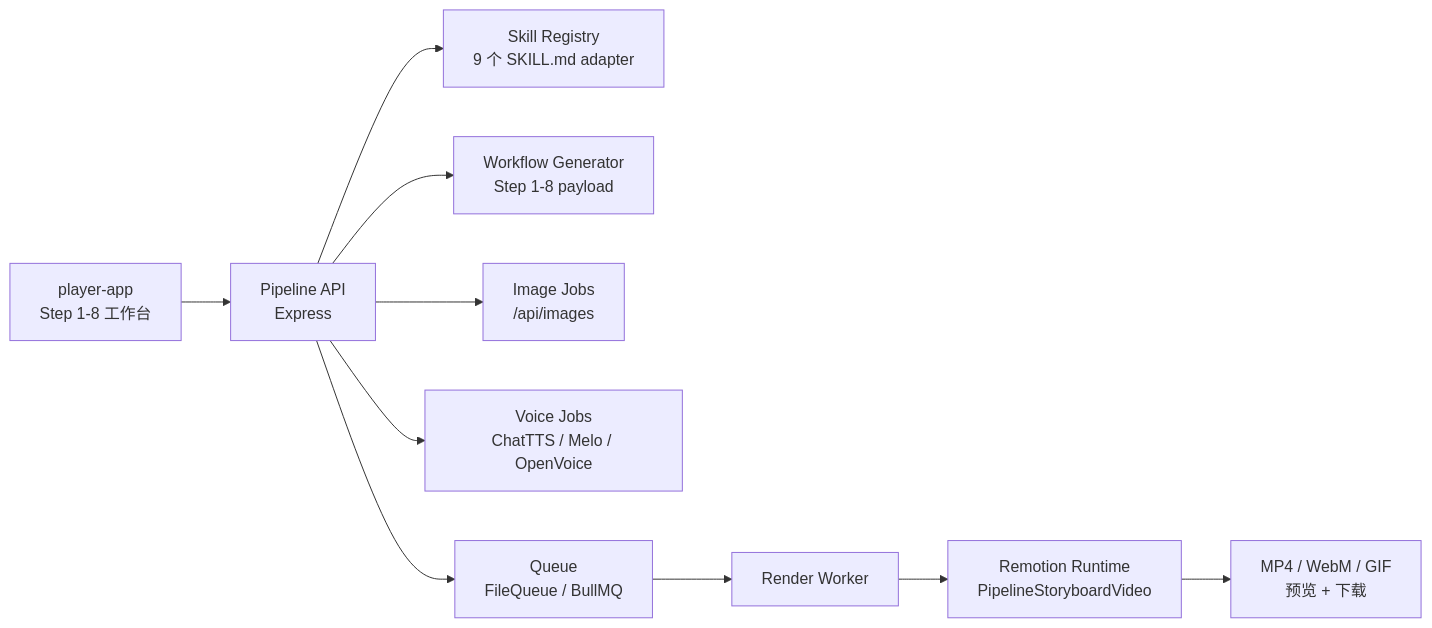
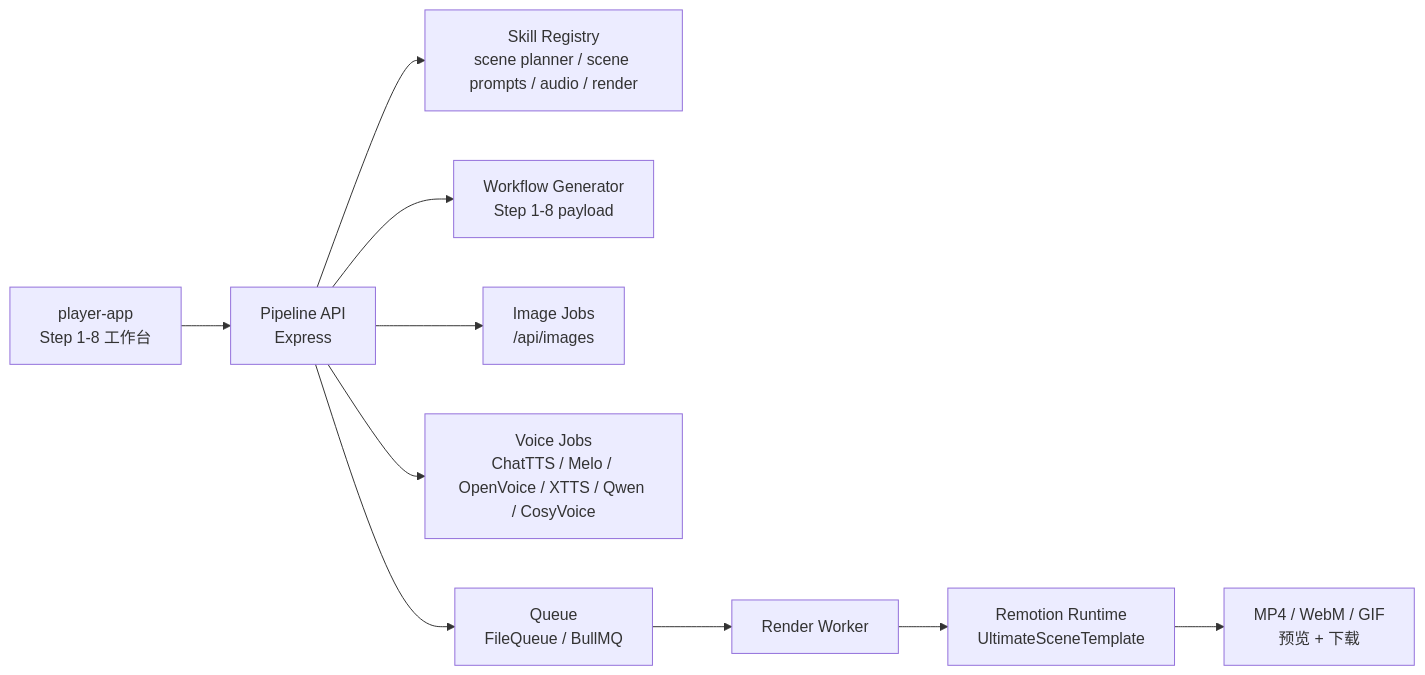
One commit to feiji77-2/remotion-openclaw changed the diagram in ARCHITECTURE.md. Above: the diagram before and after it, drawn with Mermaid. The commit also changed other lines of this file and 27 other files, not shown here.

Commit message:
feat: replace legacy storyboard mainline with ultimate scene pipeline

````diff
--- a/ARCHITECTURE.md
+++ b/ARCHITECTURE.md
@@ -19,12 +19,12 @@
 ```mermaid
 flowchart LR
   UI["player-app<br/>Step 1-8 工作台"] --> API["Pipeline API<br/>Express"]
-  API --> SKILLS["Skill Registry<br/>9 个 SKILL.md adapter"]
+  API --> SKILLS["Skill Registry<br/>scene planner / scene prompts / audio / render"]
   API --> WF["Workflow Generator<br/>Step 1-8 payload"]
   API --> IMG["Image Jobs<br/>/api/images"]
-  API --> VOICE["Voice Jobs<br/>ChatTTS / Melo / OpenVoice"]
+  API --> VOICE["Voice Jobs<br/>ChatTTS / Melo / OpenVoice / XTTS / Qwen / CosyVoice"]
   API --> QUEUE["Queue<br/>FileQueue / BullMQ"]
   QUEUE --> WORKER["Render Worker"]
-  WORKER --> REMOTION["Remotion Runtime<br/>PipelineStoryboardVideo"]
+  WORKER --> REMOTION["Remotion Runtime<br/>UltimateSceneTemplate"]
   REMOTION --> OUTPUT["MP4 / WebM / GIF<br/>预览 + 下载"]
 ```
````
